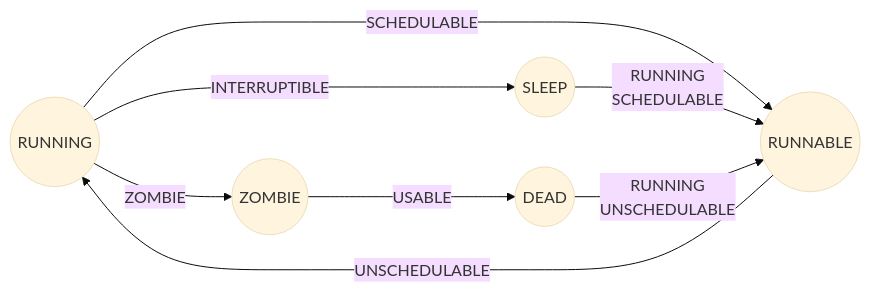
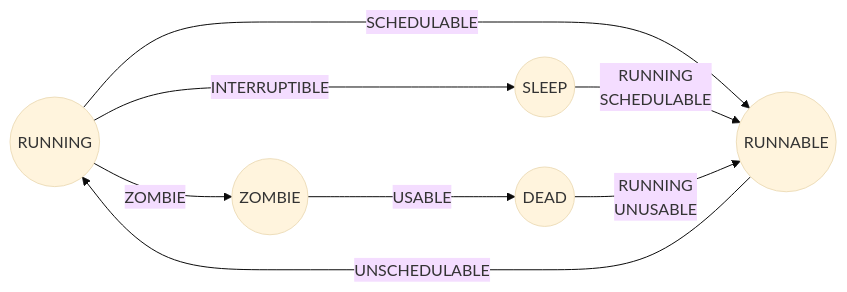
One commit to LiuJiLan/UnnamedOS changed the first of 2 diagrams in README.md. Above: the diagram before and after it, drawn with Mermaid (base theme). The commit also changed other lines of this file, not shown here.

````diff
--- a/README.md
+++ b/README.md
@@ -116,15 +116,15 @@
 ```mermaid
 graph LR
 	RG((RUNNING))
 	RE((RUNNABLE))
 	S((SLEEP))
 	Z((ZOMBIE))
 	D((DEAD))
 	RG --> |SCHEDULABLE| RE
 	RE --> |UNSCHEDULABLE| RG
 	S --> |RUNNING</br>SCHEDULABLE| RE
 	RG --> |INTERRUPTIBLE| S
 	RG --> |ZOMBIE| Z
 	Z --> |USABLE| D
-	D --> |RUNNING</br>UNSCHEDULABLE| RE
+	D --> |RUNNING</br>UNUSABLE| RE
 ```
````
